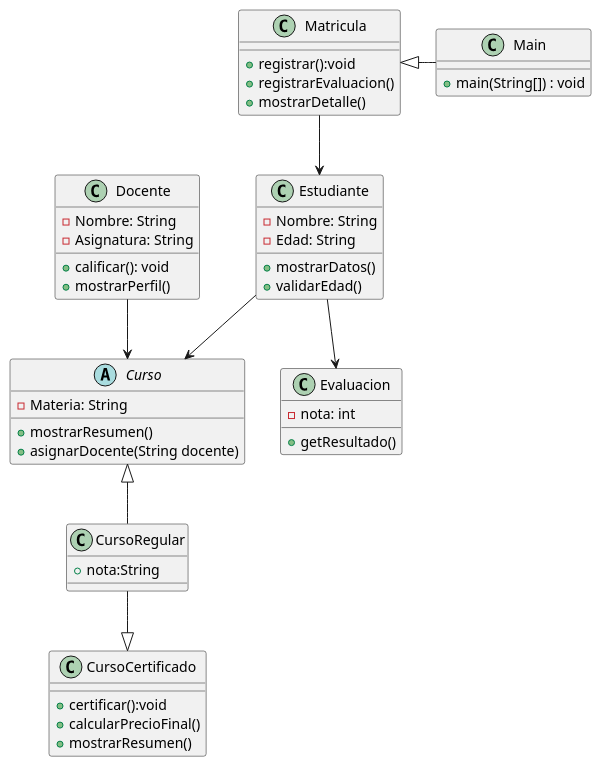
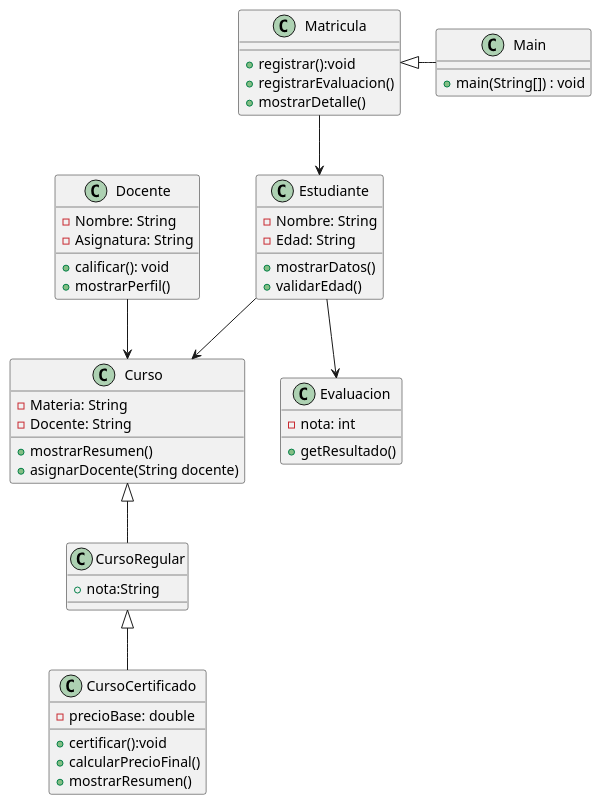
One commit to DiegoM-Hack/ExamenPoo changed the diagram in src/EPN-PLUS.puml. Above: the diagram before and after it, drawn with PlantUML.

```diff
--- a/src/EPN-PLUS.puml
+++ b/src/EPN-PLUS.puml
@@ -1,58 +1,60 @@
 @startuml
 'https://plantuml.com/class-diagram
 
-abstract class Curso{
+ class Curso{
 -Materia: String
+-Docente: String
 +mostrarResumen()
 +asignarDocente(String docente)
 }
 class CursoRegular{
 +nota:String
 }
 class CursoCertificado{
+-precioBase: double
 +certificar():void
 +calcularPrecioFinal()
 +mostrarResumen()
 }
 class Estudiante{
 -Nombre: String
 -Edad: String
 +mostrarDatos()
 +validarEdad()
 }
 class Docente{
 -Nombre: String
 -Asignatura: String
 +calificar(): void
 +mostrarPerfil()
 }
 class Matricula{
 +registrar():void
 +registrarEvaluacion()
 +mostrarDetalle()
 }
 
 class Evaluacion{
 -nota: int
 +getResultado()
 }
 class Main{
 + main(String[]) : void
 }
 
 Curso <|-- CursoRegular
-CursoRegular --|> CursoCertificado
+CursoRegular <|-- CursoCertificado
 
 Estudiante --> Curso
 Docente --> Curso
 
 
 Matricula <|- Main
 
 Matricula --> Estudiante
 
 
 Estudiante --> Evaluacion
 
 
 @enduml
```
